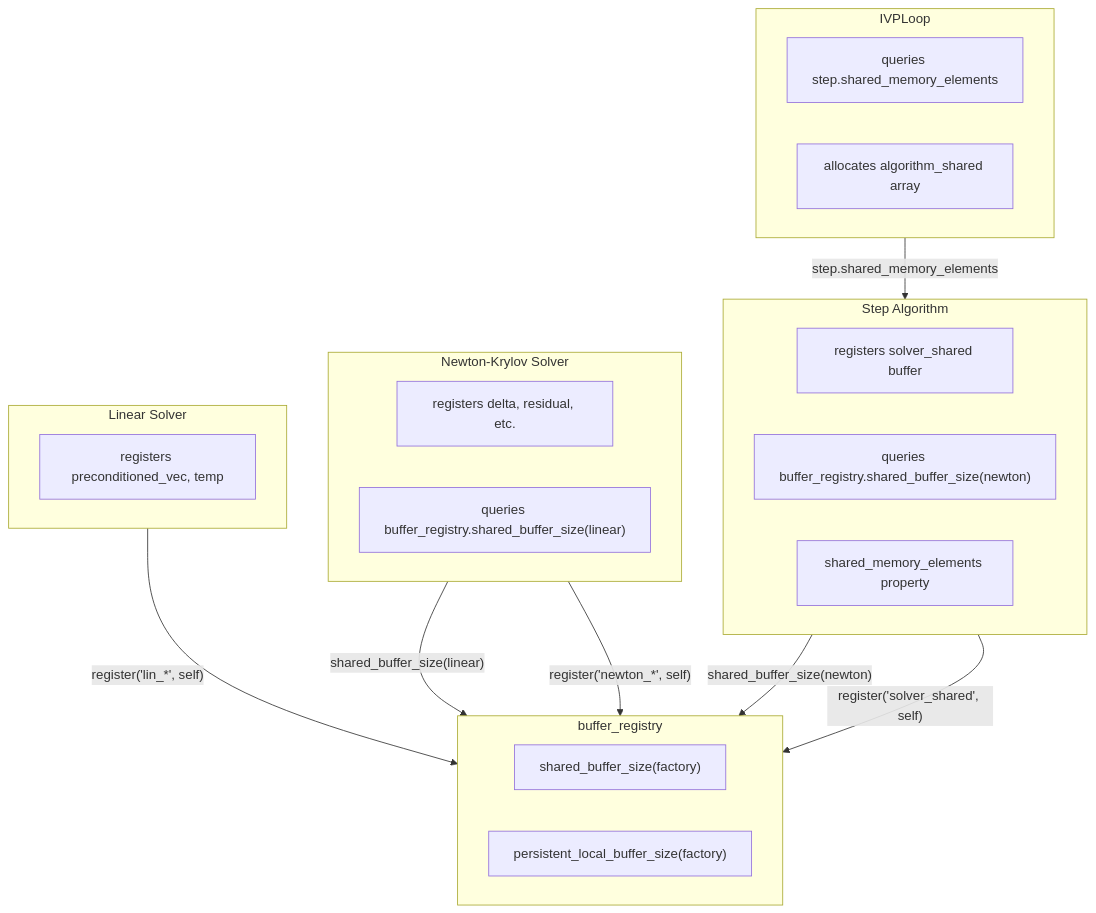
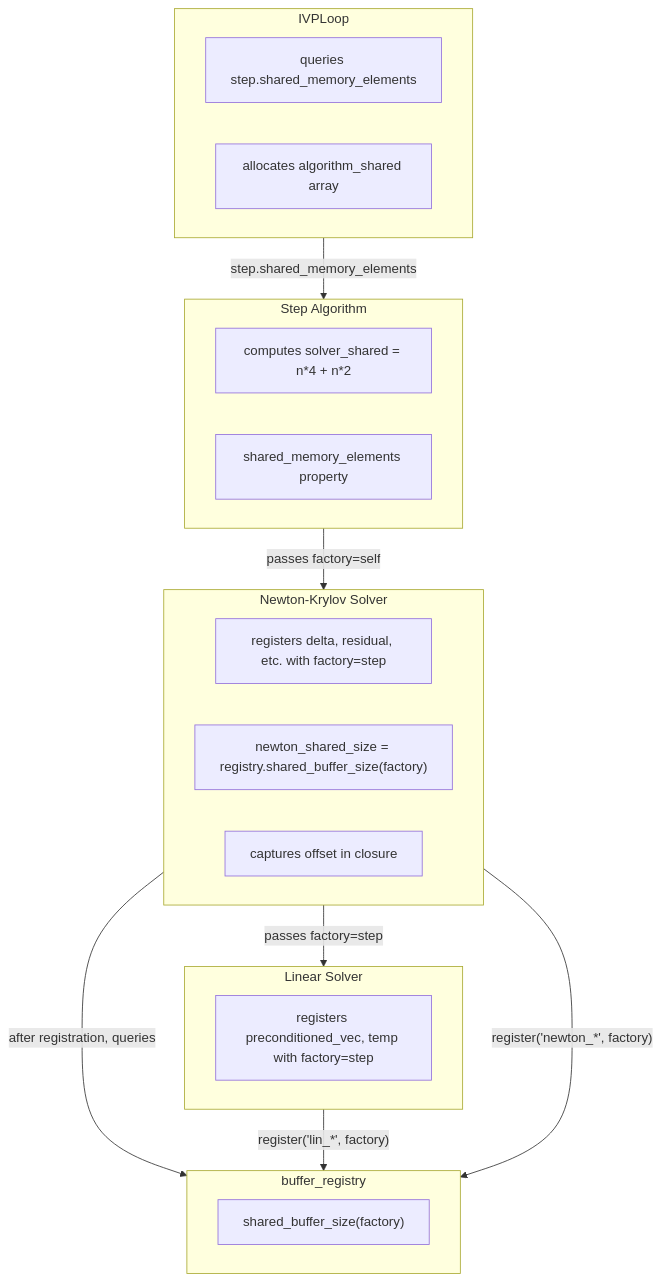
Before and after one commit to ccam80/cubie: the first of 2 diagrams in .github/active_plans/buffer_integrations/human_overview.md, drawn with Mermaid. The commit also changed other lines of this file and 5 other files, not shown here.

Commit message:
fix: hierarchical buffer slicing with build-time offset computation

````diff
--- a/.github/active_plans/buffer_integrations/human_overview.md
+++ b/.github/active_plans/buffer_integrations/human_overview.md
@@ -91,35 +84,34 @@
 ```mermaid
 flowchart TD
     subgraph Loop["IVPLoop"]
         LQ["queries step.shared_memory_elements"]
         LA["allocates algorithm_shared array"]
     end
     
     subgraph Step["Step Algorithm"]
-        SR["registers solver_shared buffer"]
-        SQ["queries buffer_registry.shared_buffer_size(newton)"]
+        SC["computes solver_shared = n*4 + n*2"]
         SP["shared_memory_elements property"]
     end
     
     subgraph Newton["Newton-Krylov Solver"]
-        NR["registers delta, residual, etc."]
-        NQ["queries buffer_registry.shared_buffer_size(linear)"]
+        NR["registers delta, residual, etc. with factory=step"]
+        NS["newton_shared_size = registry.shared_buffer_size(factory)"]
+        NC["captures offset in closure"]
     end
     
     subgraph Linear["Linear Solver"]
-        LR["registers preconditioned_vec, temp"]
+        LR["registers preconditioned_vec, temp with factory=step"]
     end
     
     subgraph Registry["buffer_registry"]
         BS["shared_buffer_size(factory)"]
-        BP["persistent_local_buffer_size(factory)"]
     end
     
     Loop -->|"step.shared_memory_elements"| Step
-    Step -->|"shared_buffer_size(newton)"| Registry
-    Newton -->|"shared_buffer_size(linear)"| Registry
+    Step -->|"passes factory=self"| Newton
+    Newton -->|"passes factory=step"| Linear
     
-    Linear -->|"register('lin_*', self)"| Registry
-    Newton -->|"register('newton_*', self)"| Registry
-    Step -->|"register('solver_shared', self)"| Registry
+    Newton -->|"after registration, queries"| Registry
+    Linear -->|"register('lin_*', factory)"| Registry
+    Newton -->|"register('newton_*', factory)"| Registry
 ```
````
